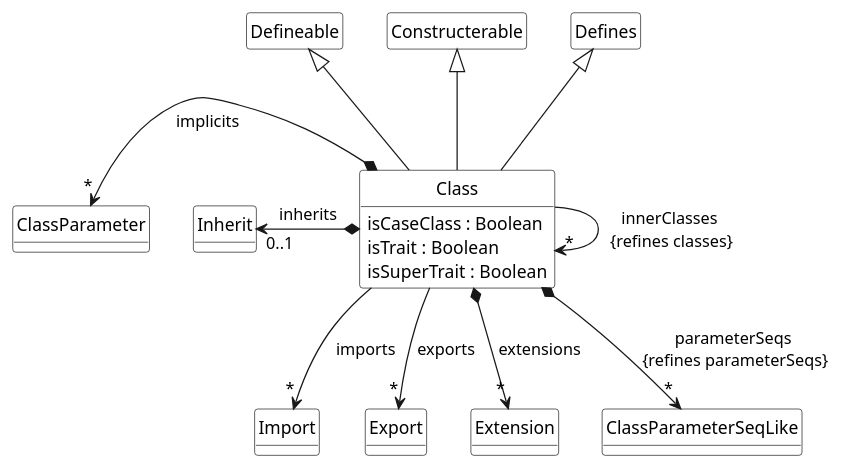
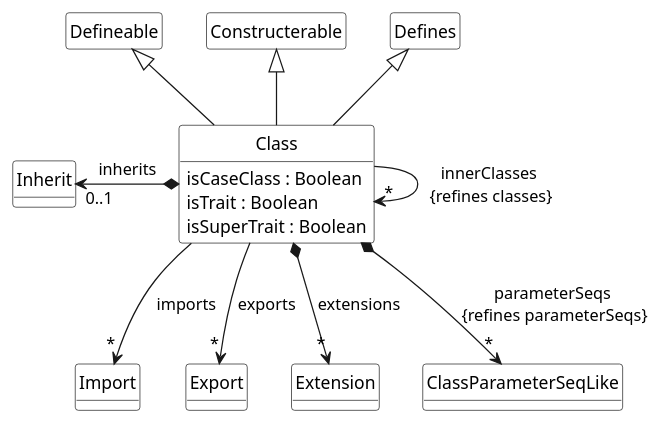
The diagram in scala-meta-model/class.meta.puml (tizuck/scala-uml-diagrams), drawn with PlantUML before and after one commit. The commit also changed 1 other file, not shown here.

```diff
--- a/scala-meta-model/class.meta.puml
+++ b/scala-meta-model/class.meta.puml
@@ -1,27 +1,26 @@
 @startuml Class
 class Class extends Defineable, Constructerable, Defines {
     isCaseClass : Boolean 
     isTrait : Boolean 
     isSuperTrait : Boolean 
 }
 
 Class --> "*" Class : innerClasses\n {refines classes}
 Class --> "*" Import : imports
 Class --> "*" Export : exports 
 Class *--left> "0..1  " Inherit : inherits
 Class *--> "*" Extension : "extensions"
 Class *--> "*" ClassParameterSeqLike : parameterSeqs \n{refines parameterSeqs}
-Class *--left> "*" ClassParameter : \nimplicits
 
 hide class circle
 hide class methods
 hide Defineable members
 hide Constructerable members 
 hide Defines members 
 
 skinparam class {
     BackgroundColor White
     ArrowColor Black
     BorderColor Black
 }
 @enduml
```
